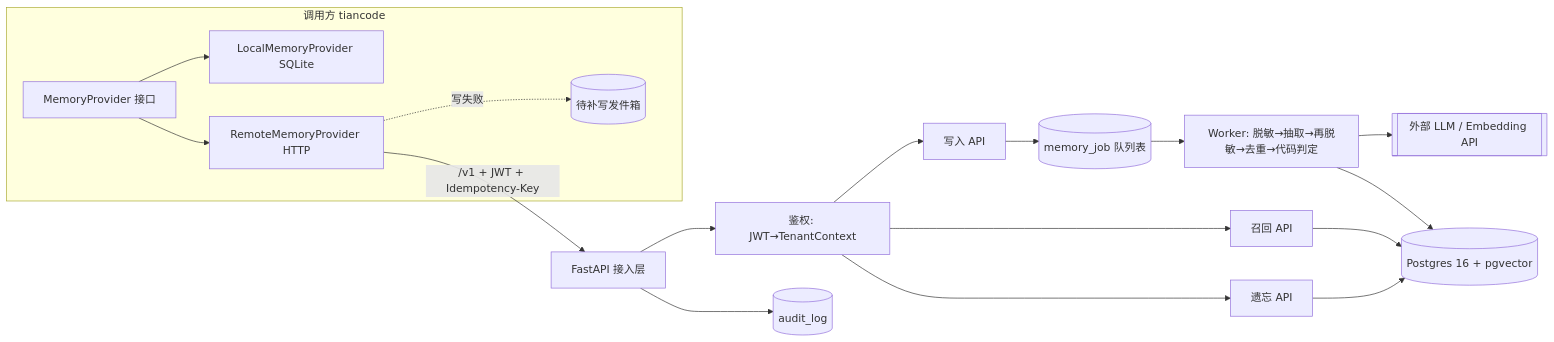
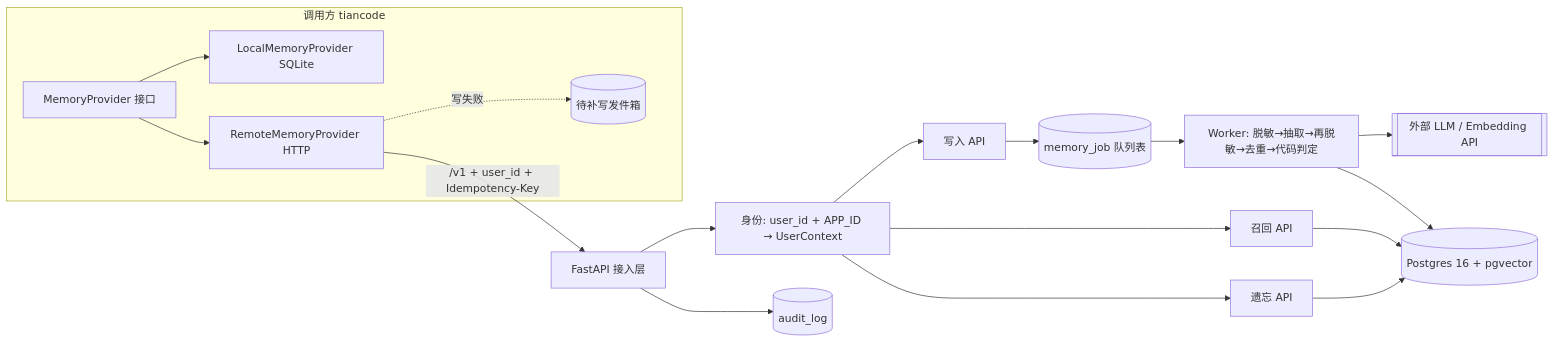
One commit to zhangqi77ok-sys/agent-memory changed the first of 3 diagrams in docs/architecture.md. Above: the diagram before and after it, drawn with Mermaid. The commit also changed other lines of this file and 8 other files, not shown here.

````diff
--- a/docs/architecture.md
+++ b/docs/architecture.md
@@ -18,24 +18,24 @@
 ```mermaid
 flowchart LR
   subgraph Client[调用方 tiancode]
     MP[MemoryProvider 接口]
     L[LocalMemoryProvider SQLite]
     R[RemoteMemoryProvider HTTP]
     OB[(待补写发件箱)]
     MP --> L
     MP --> R
     R -. 写失败 .-> OB
   end
-  R -->|/v1 + JWT + Idempotency-Key| GW[FastAPI 接入层]
-  GW --> AUTH[鉴权: JWT→TenantContext]
+  R -->|/v1 + user_id + Idempotency-Key| GW[FastAPI 接入层]
+  GW --> AUTH[身份: user_id + APP_ID → UserContext]
   AUTH --> WAPI[写入 API]
   AUTH --> RAPI[召回 API]
   AUTH --> FAPI[遗忘 API]
   WAPI --> JOB[(memory_job 队列表)]
   JOB --> WK[Worker: 脱敏→抽取→再脱敏→去重→代码判定]
   WK --> LLM[[外部 LLM / Embedding API]]
   WK --> PG[(Postgres 16 + pgvector)]
   RAPI --> PG
   FAPI --> PG
   GW --> AUD[(audit_log)]
 ```
````
